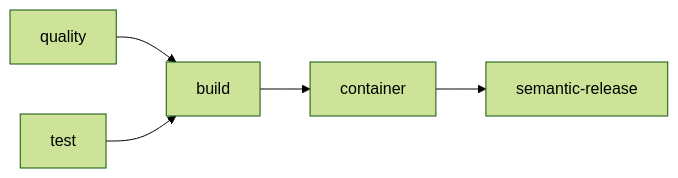
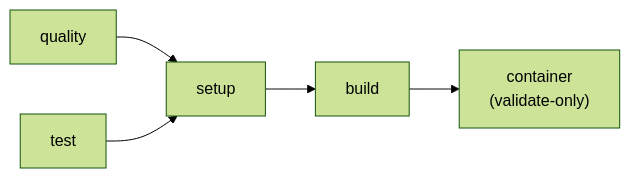
The first of 2 diagrams in README.md (hyperi-io/hyperi-ci), drawn with Mermaid (forest theme) before and after one commit. The commit also changed other lines of this file and 27 other files, not shown here.

````diff
--- a/README.md
+++ b/README.md
@@ -199,7 +253,7 @@
 ```mermaid
 flowchart LR
-    Q[quality] --> B[build]
-    T[test] --> B
-    B --> C[container]
-    C --> SR[semantic-release]
+    Q[quality] --> S[setup]
+    T[test] --> S
+    S --> B[build]
+    B --> C["container<br/>(validate-only)"]
 ```
````
